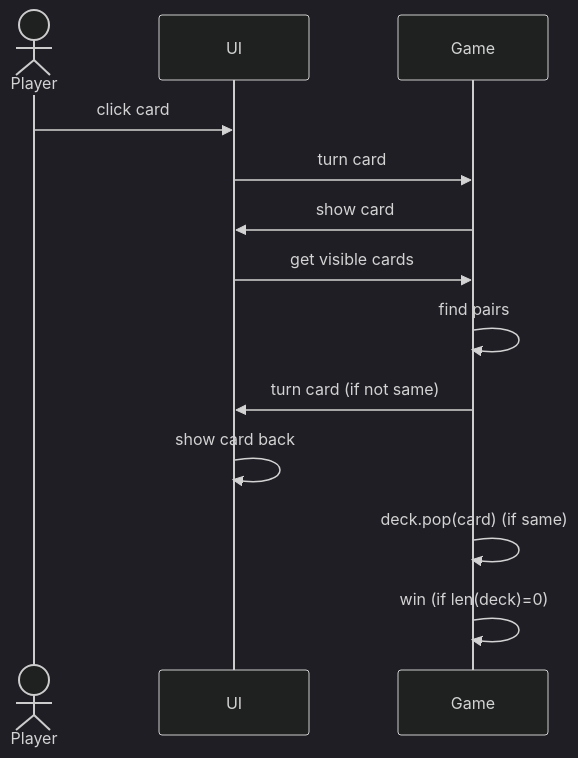
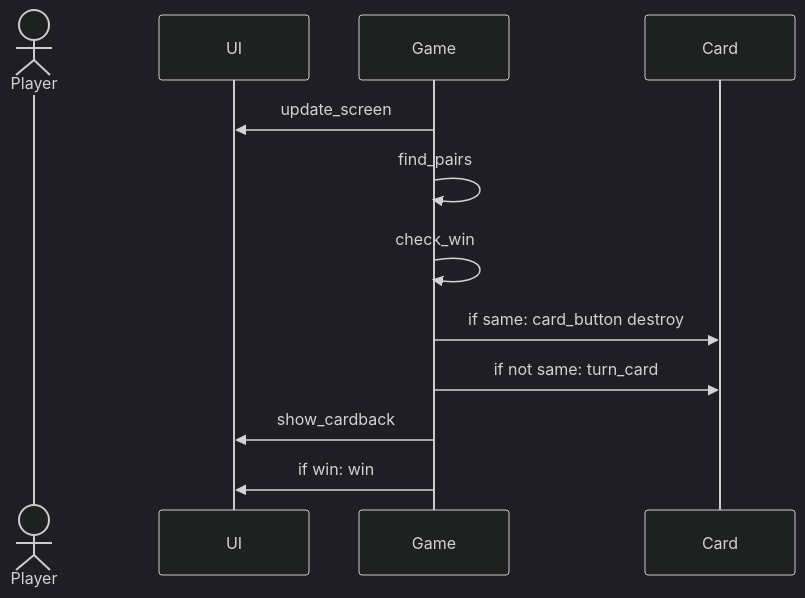
The third of 4 diagrams in dokumentaatio/arkkitehtuuri.md (kxelina/ot-harjoitustyo), drawn with Mermaid (dark theme) before and after one commit. The commit also changed other lines of this file and 17 other files, not shown here.

````diff
--- a/dokumentaatio/arkkitehtuuri.md
+++ b/dokumentaatio/arkkitehtuuri.md
@@ -64,15 +82,14 @@
 ```mermaid
 sequenceDiagram
     actor Player 
     participant UI
     participant Game
-    Player ->> UI: click card
-    UI ->> Game: turn card
-    Game ->> UI: show card
-    UI ->> Game: get visible cards
-    Game ->> Game: find pairs
-    Game ->> UI: turn card (if not same)
-    UI ->> UI: show card back
-    Game ->> Game: deck.pop(card) (if same)
-    Game ->> Game: win (if len(deck)=0)
+    participant Card
+    Game ->> UI: update_screen
+    Game ->> Game: find_pairs
+    Game ->> Game: check_win
+    Game ->> Card: if same: card_button destroy
+    Game ->> Card: if not same: turn_card
+    Game ->> UI: show_cardback
+    Game ->> UI: if win: win
 ```
````
